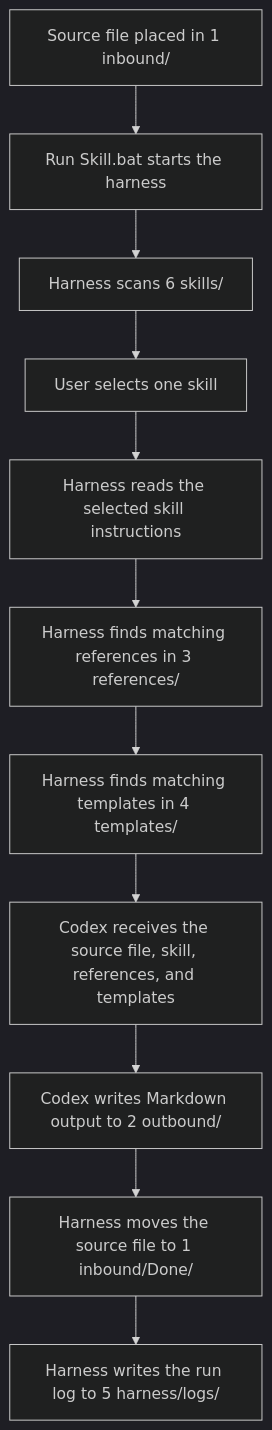
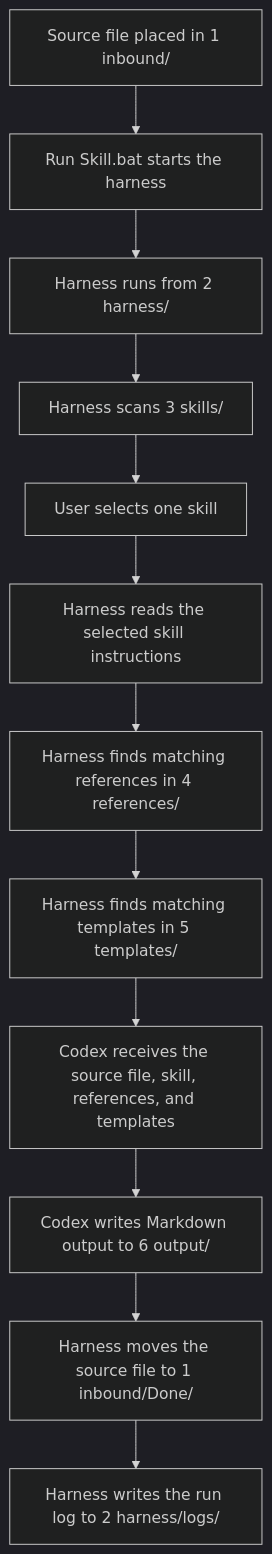
The diagram in README.md (chaddeguzman/control-library), drawn with Mermaid (dark theme) before and after one commit. The commit also changed other lines of this file and 27 other files, not shown here.

````diff
--- a/README.md
+++ b/README.md
@@ -25,13 +27,14 @@
 ```mermaid
 flowchart TD
     A[Source file placed in 1 inbound/] --> B[Run Skill.bat starts the harness]
-    B --> C[Harness scans 6 skills/]
-    C --> D[User selects one skill]
-    D --> E[Harness reads the selected skill instructions]
-    E --> F[Harness finds matching references in 3 references/]
-    F --> G[Harness finds matching templates in 4 templates/]
-    G --> H[Codex receives the source file, skill, references, and templates]
-    H --> I[Codex writes Markdown output to 2 outbound/]
-    I --> J[Harness moves the source file to 1 inbound/Done/]
-    J --> K[Harness writes the run log to 5 harness/logs/]
+    B --> C[Harness runs from 2 harness/]
+    C --> D[Harness scans 3 skills/]
+    D --> E[User selects one skill]
+    E --> F[Harness reads the selected skill instructions]
+    F --> G[Harness finds matching references in 4 references/]
+    G --> H[Harness finds matching templates in 5 templates/]
+    H --> I[Codex receives the source file, skill, references, and templates]
+    I --> J[Codex writes Markdown output to 6 output/]
+    J --> K[Harness moves the source file to 1 inbound/Done/]
+    K --> L[Harness writes the run log to 2 harness/logs/]
 ```
````
